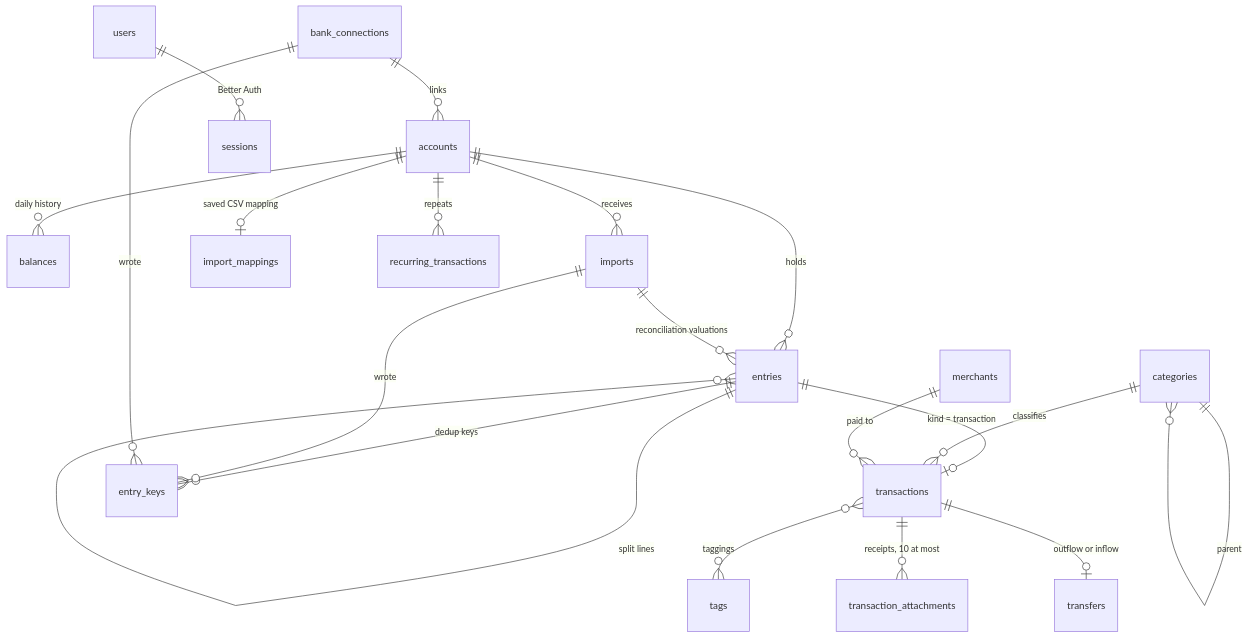
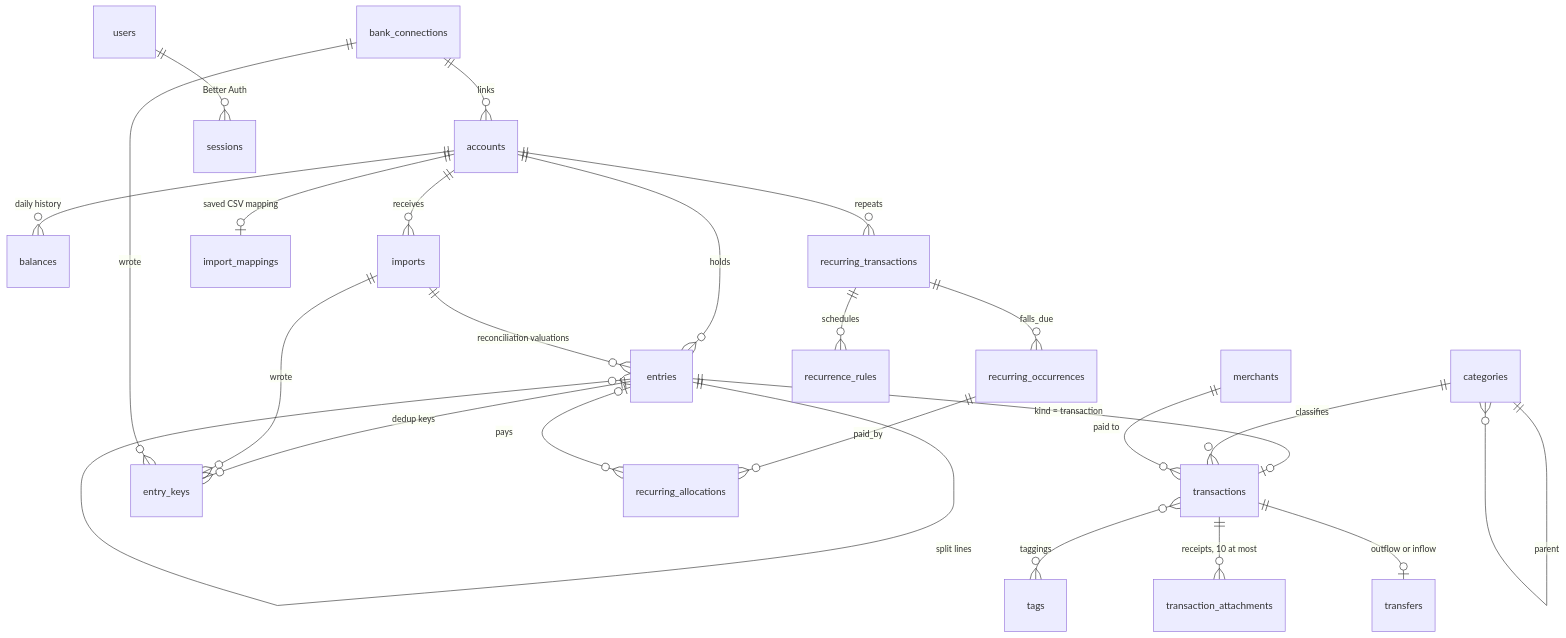
One commit to leger-dosage/archant changed the second of 3 diagrams in docs/architecture.md. Above: the diagram before and after it, drawn with Mermaid. The commit also changed other lines of this file and 4 other files, not shown here.

````diff
--- a/docs/architecture.md
+++ b/docs/architecture.md
@@ -276,22 +282,26 @@
 ```mermaid
 erDiagram
   accounts ||--o{ entries : holds
   accounts ||--o{ balances : "daily history"
   entries ||--o| transactions : "kind = transaction"
   entries ||--o{ entry_keys : "dedup keys"
   entries ||--o{ entries : "split lines"
   imports ||--o{ entry_keys : wrote
   imports ||--o{ entries : "reconciliation valuations"
   accounts ||--o{ imports : receives
   accounts ||--o| import_mappings : "saved CSV mapping"
   categories ||--o{ transactions : classifies
   categories ||--o{ categories : parent
   merchants ||--o{ transactions : "paid to"
   transactions }o--o{ tags : taggings
   transactions ||--o{ transaction_attachments : "receipts, 10 at most"
   transactions ||--o| transfers : "outflow or inflow"
   bank_connections ||--o{ accounts : links
   bank_connections ||--o{ entry_keys : wrote
   accounts ||--o{ recurring_transactions : repeats
+  recurring_transactions ||--o{ recurrence_rules : schedules
+  recurring_transactions ||--o{ recurring_occurrences : falls_due
+  recurring_occurrences ||--o{ recurring_allocations : paid_by
+  entries |o--o{ recurring_allocations : pays
   users ||--o{ sessions : "Better Auth"
 ```
````
